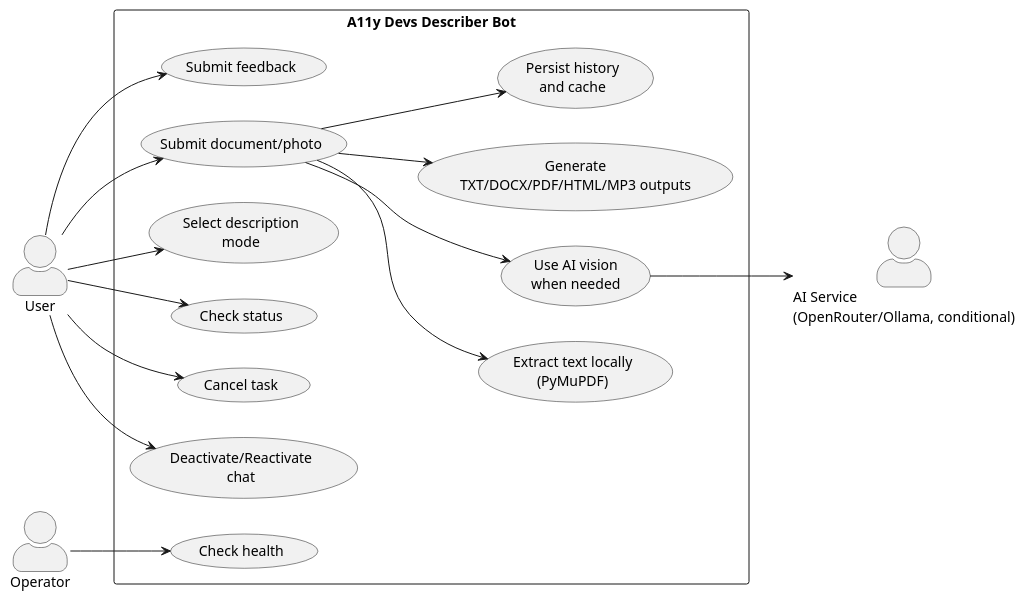
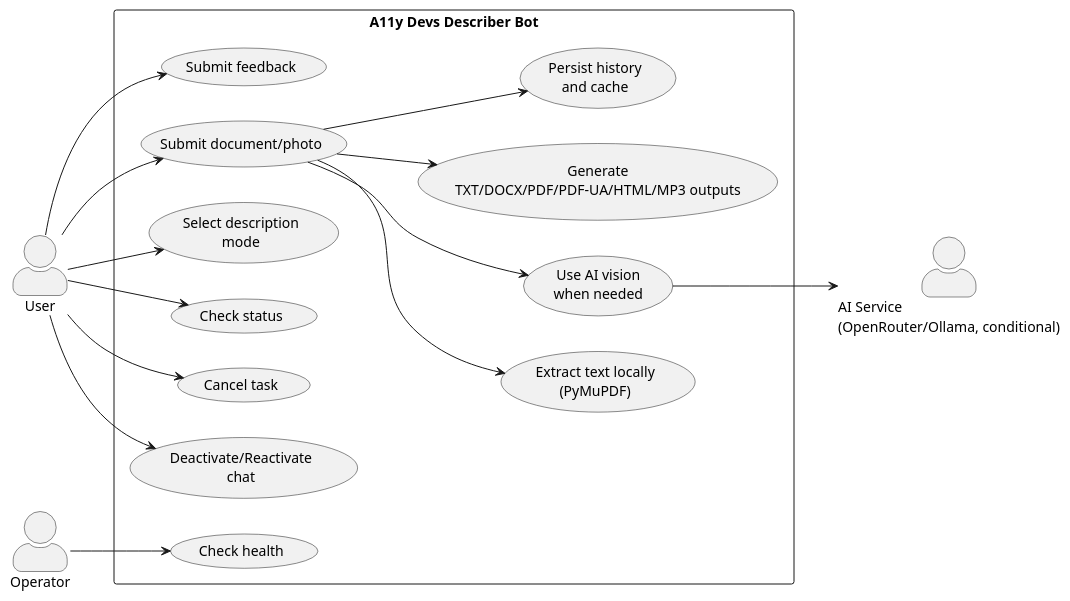
The diagram in docs/use_cases/use_cases.puml (A11yDevs/acessilia), drawn with PlantUML before and after one commit. The commit also changed 8 other files, not shown here.

```diff
--- a/docs/use_cases/use_cases.puml
+++ b/docs/use_cases/use_cases.puml
@@ -1,39 +1,39 @@
 @startuml
 left to right direction
 skinparam packageStyle rectangle
 skinparam shadowing false
 skinparam actorStyle awesome
 
 actor User as user
 actor Operator as ops
 actor "AI Service\n(OpenRouter/Ollama, conditional)" as ai
 
 rectangle "A11y Devs Describer Bot" {
   usecase "Submit document/photo" as UC1
   usecase "Extract text locally\n(PyMuPDF)" as UC10
   usecase "Use AI vision\nwhen needed" as UC11
   usecase "Select description\nmode" as UC2
   usecase "Check status" as UC3
   usecase "Cancel task" as UC4
   usecase "Deactivate/Reactivate\nchat" as UC5
   usecase "Check health" as UC6
   usecase "Submit feedback" as UC7
-  usecase "Generate\nTXT/DOCX/PDF/HTML/MP3 outputs" as UC8
+  usecase "Generate\nTXT/DOCX/PDF/PDF-UA/HTML/MP3 outputs" as UC8
   usecase "Persist history\nand cache" as UC9
 }
 
 user --> UC1
 user --> UC2
 user --> UC3
 user --> UC4
 user --> UC5
 user --> UC7
 ops --> UC6
 
 UC1 --> UC8
 UC1 --> UC9
 UC1 --> UC10
 UC1 --> UC11
 UC11 --> ai
 
 @enduml
```
